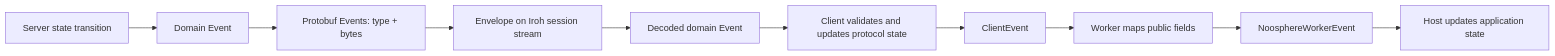
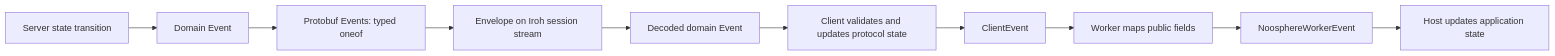
The first of 2 diagrams in architecture/events.md (peerchemist/noosphere), drawn with Mermaid before and after one commit. The commit also changed other lines of this file and 15 other files, not shown here.

Commit message:
Serialize events with typed protobuf messages

````diff
--- a/architecture/events.md
+++ b/architecture/events.md
@@ -17,12 +17,12 @@
 ```mermaid
 flowchart LR
     S["Server state transition"] --> E["Domain Event"]
-    E --> P["Protobuf Events: type + bytes"]
+    E --> P["Protobuf Events: typed oneof"]
     P --> N["Envelope on Iroh session stream"]
     N --> D["Decoded domain Event"]
     D --> C["Client validates and updates protocol state"]
     C --> CE["ClientEvent"]
     CE --> W["Worker maps public fields"]
     W --> WE["NoosphereWorkerEvent"]
     WE --> A["Host updates application state"]
 ```
````
